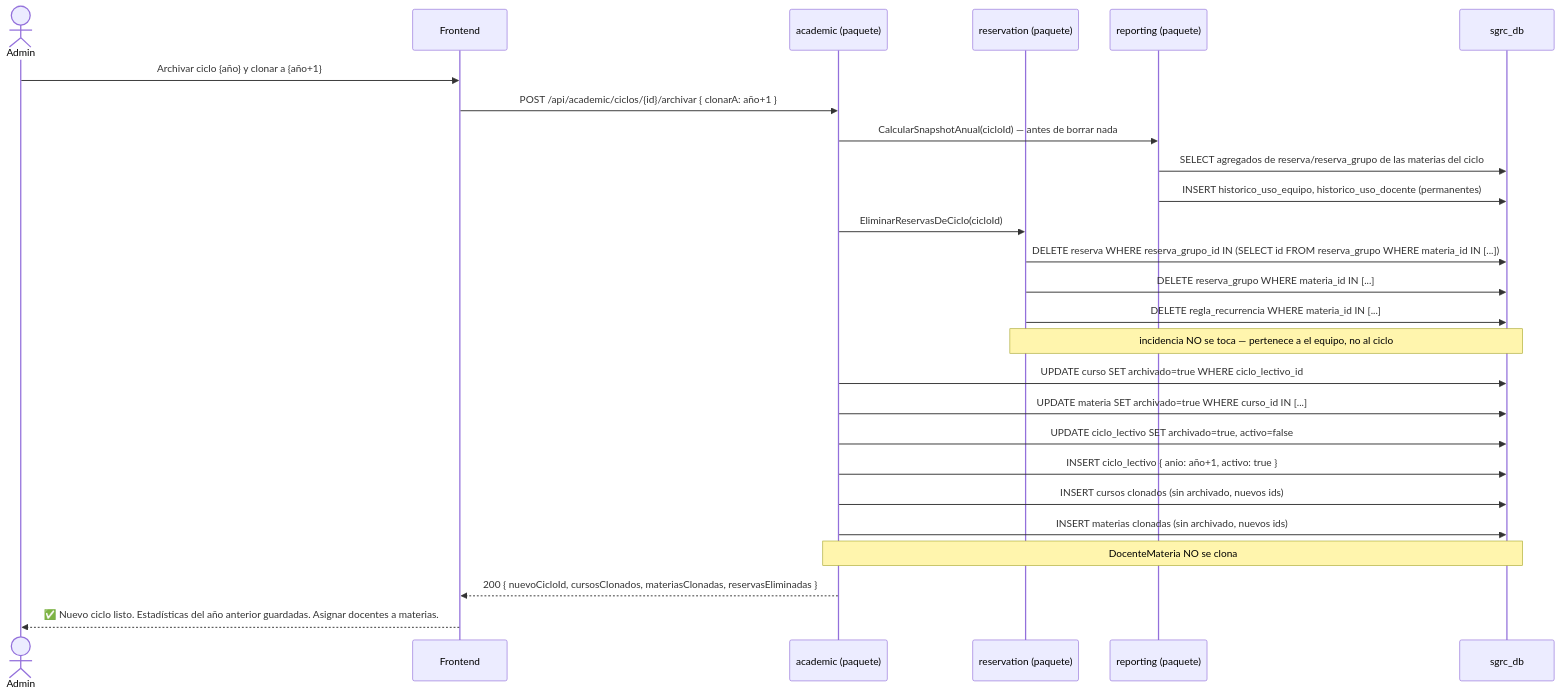
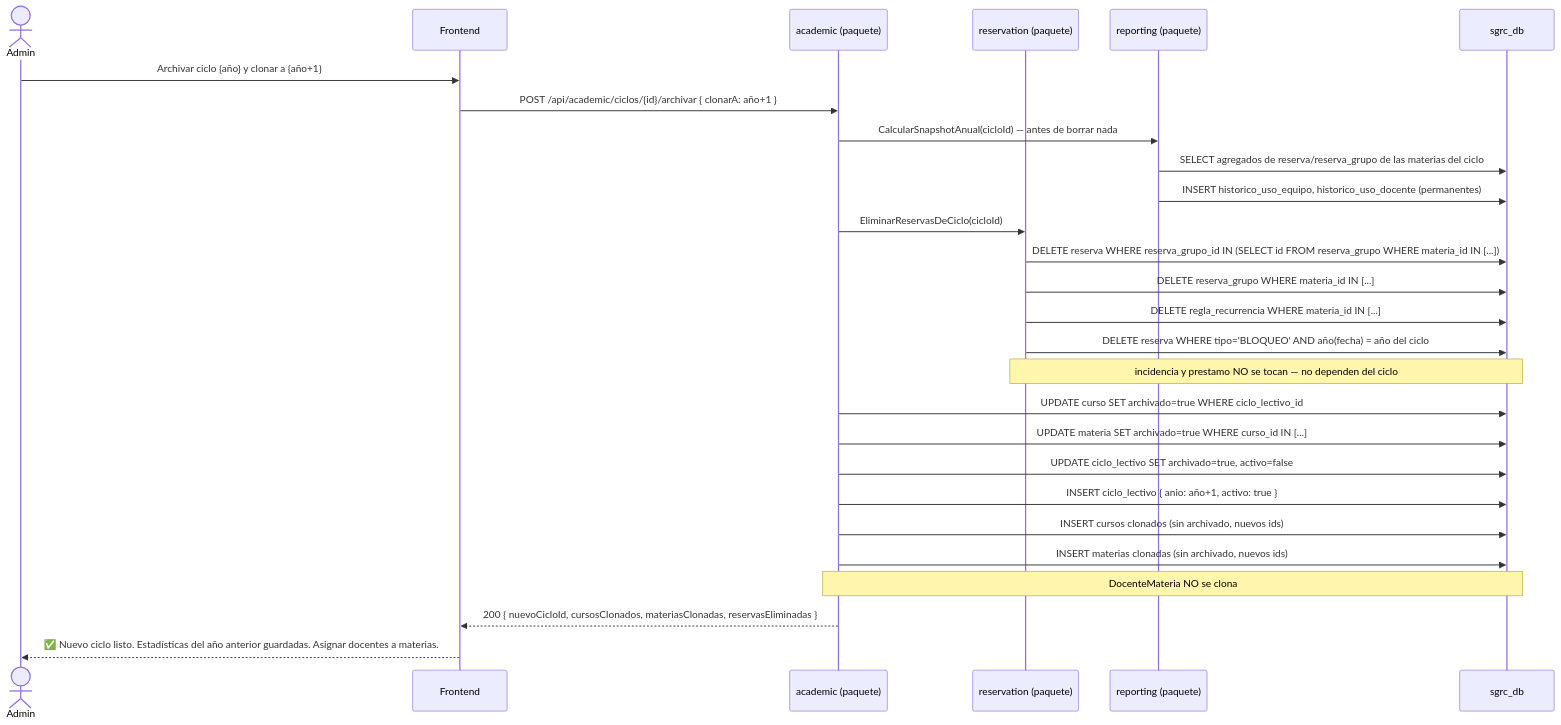
One commit to agustin-y2k/sgrc changed the tenth of 14 diagrams in docs/04-diagramas-secuencia.md. Above: the diagram before and after it, drawn with Mermaid. The commit also changed other lines of this file and 57 other files, not shown here.

````diff
--- a/docs/04-diagramas-secuencia.md
+++ b/docs/04-diagramas-secuencia.md
@@ -272,29 +307,30 @@
 ```mermaid
 sequenceDiagram
     actor ADM as Admin
     participant FE as Frontend
     participant ACAD as academic (paquete)
     participant RES as reservation (paquete)
     participant REP as reporting (paquete)
     participant DB as sgrc_db
 
     ADM->>FE: Archivar ciclo {año} y clonar a {año+1}
     FE->>ACAD: POST /api/academic/ciclos/{id}/archivar { clonarA: año+1 }
     ACAD->>REP: CalcularSnapshotAnual(cicloId) — antes de borrar nada
     REP->>DB: SELECT agregados de reserva/reserva_grupo de las materias del ciclo
     REP->>DB: INSERT historico_uso_equipo, historico_uso_docente (permanentes)
     ACAD->>RES: EliminarReservasDeCiclo(cicloId)
     RES->>DB: DELETE reserva WHERE reserva_grupo_id IN (SELECT id FROM reserva_grupo WHERE materia_id IN [...])
     RES->>DB: DELETE reserva_grupo WHERE materia_id IN [...]
     RES->>DB: DELETE regla_recurrencia WHERE materia_id IN [...]
-    Note over RES,DB: incidencia NO se toca — pertenece a el equipo, no al ciclo
+    RES->>DB: DELETE reserva WHERE tipo='BLOQUEO' AND año(fecha) = año del ciclo
+    Note over RES,DB: incidencia y prestamo NO se tocan — no dependen del ciclo
     ACAD->>DB: UPDATE curso SET archivado=true WHERE ciclo_lectivo_id
     ACAD->>DB: UPDATE materia SET archivado=true WHERE curso_id IN [...]
     ACAD->>DB: UPDATE ciclo_lectivo SET archivado=true, activo=false
     ACAD->>DB: INSERT ciclo_lectivo { anio: año+1, activo: true }
     ACAD->>DB: INSERT cursos clonados (sin archivado, nuevos ids)
     ACAD->>DB: INSERT materias clonadas (sin archivado, nuevos ids)
     Note over ACAD,DB: DocenteMateria NO se clona
     ACAD-->>FE: 200 { nuevoCicloId, cursosClonados, materiasClonadas, reservasEliminadas }
     FE-->>ADM: ✅ Nuevo ciclo listo. Estadísticas del año anterior guardadas. Asignar docentes a materias.
 ```
````
